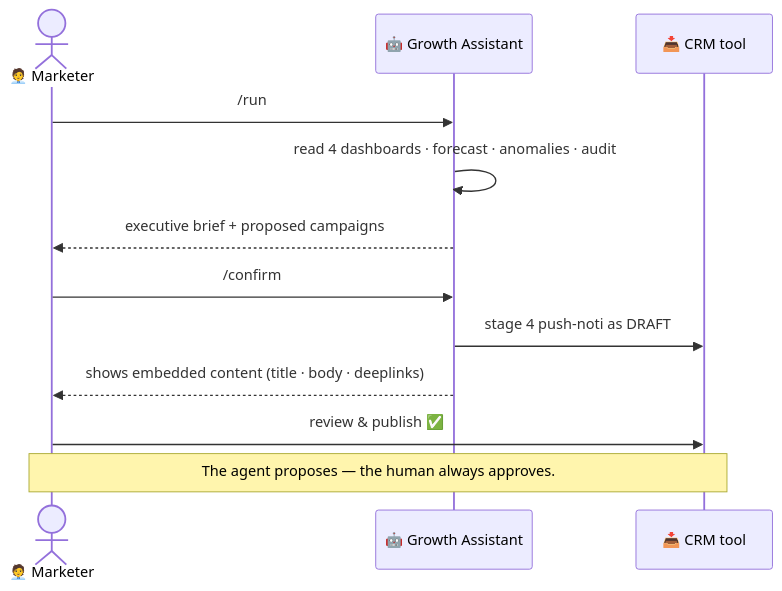
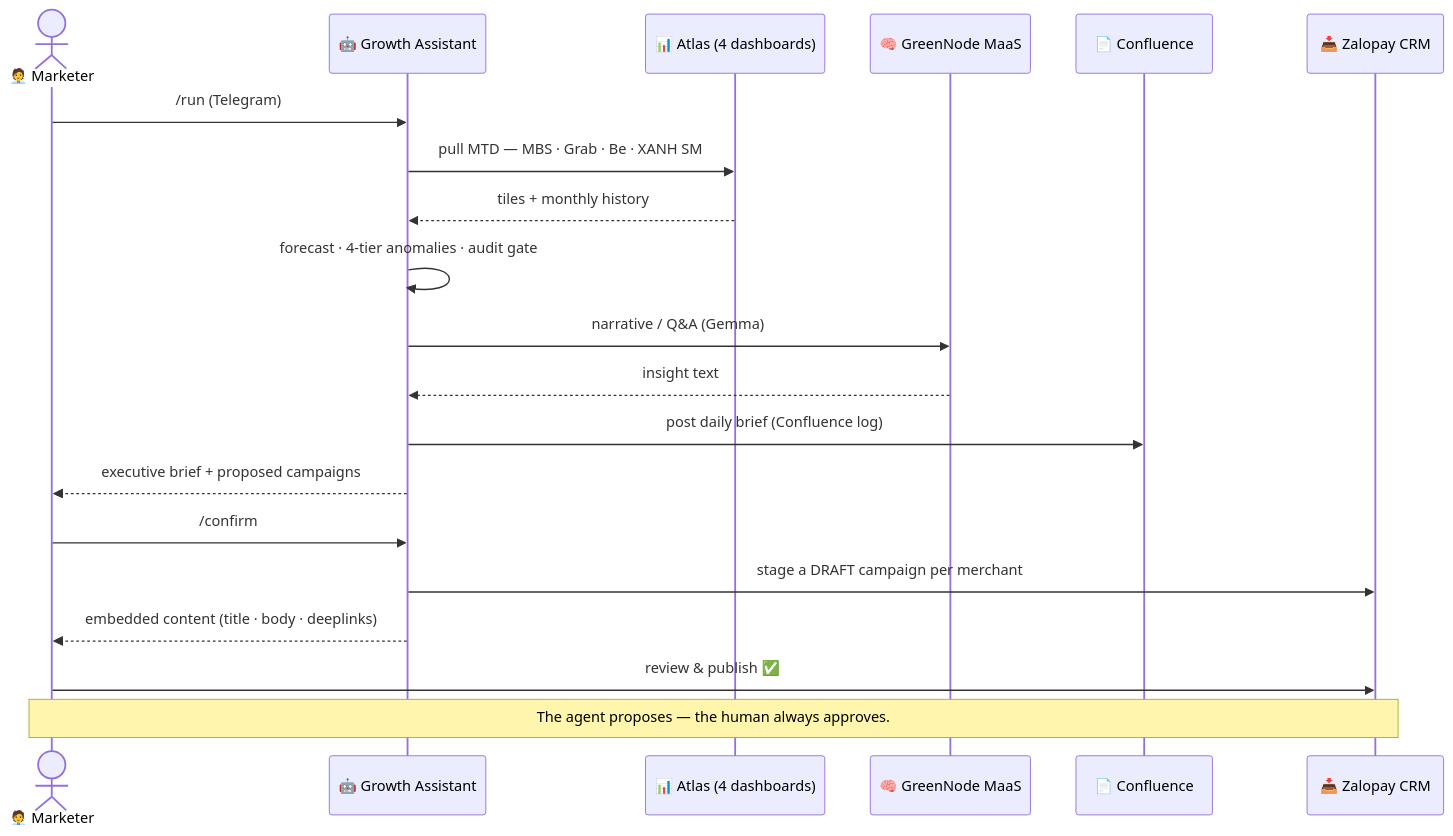
One commit to thai-max-nguyen/claw-a-thon-demo-agent-mvp changed the first of 5 diagrams in README.md. Above: the diagram before and after it, drawn with Mermaid. The commit also changed other lines of this file and 2 other files, not shown here.

First line of the commit message:
feat: live dashboard section + sequence shows all integrations + grow-all reframe + brand colors

````diff
--- a/README.md
+++ b/README.md
@@ -38,14 +38,22 @@
 ```mermaid
 sequenceDiagram
   actor M as 🧑‍💼 Marketer
   participant A as 🤖 Growth Assistant
-  participant C as 📥 CRM tool
-  M->>A: /run
-  A->>A: read 4 dashboards · forecast · anomalies · audit
+  participant AT as 📊 Atlas (4 dashboards)
+  participant LLM as 🧠 GreenNode MaaS
+  participant CF as 📄 Confluence
+  participant C as 📥 Zalopay CRM
+  M->>A: /run  (Telegram)
+  A->>AT: pull MTD — MBS · Grab · Be · XANH SM
+  AT-->>A: tiles + monthly history
+  A->>A: forecast · 4-tier anomalies · audit gate
+  A->>LLM: narrative / Q&A (Gemma)
+  LLM-->>A: insight text
+  A->>CF: post daily brief (Confluence log)
   A-->>M: executive brief + proposed campaigns
   M->>A: /confirm
-  A->>C: stage 4 push-noti as DRAFT
-  A-->>M: shows embedded content (title · body · deeplinks)
+  A->>C: stage a DRAFT campaign per merchant
+  A-->>M: embedded content (title · body · deeplinks)
   M->>C: review & publish ✅
   Note over M,C: The agent proposes — the human always approves.
 ```
````
